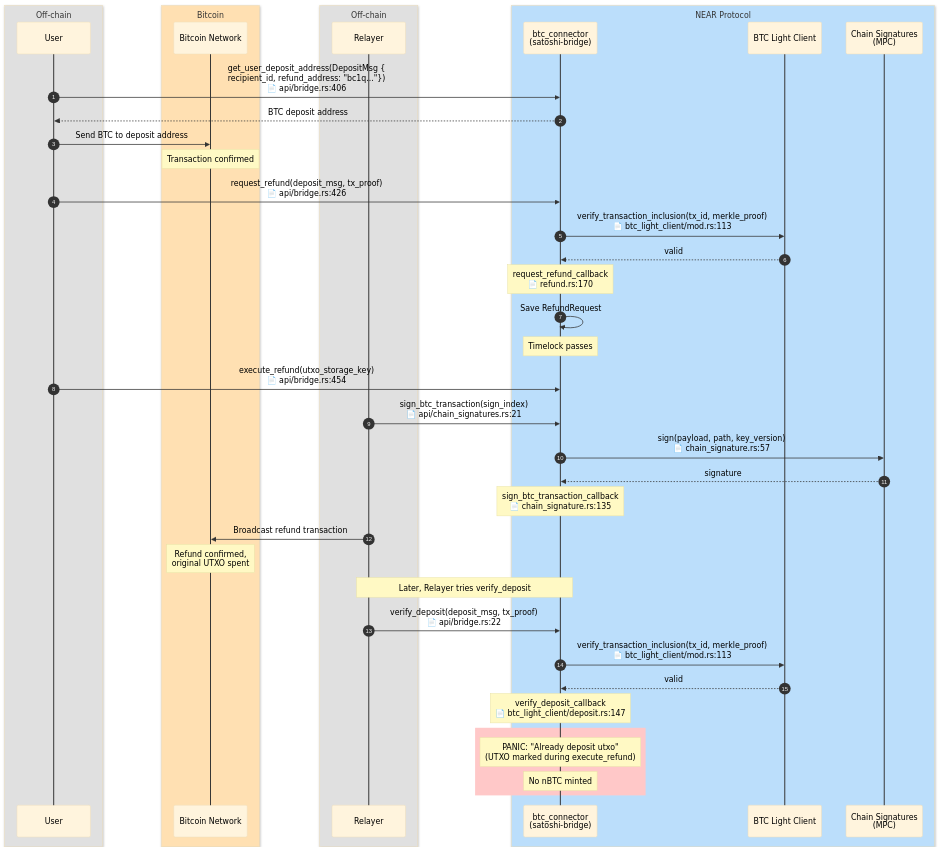
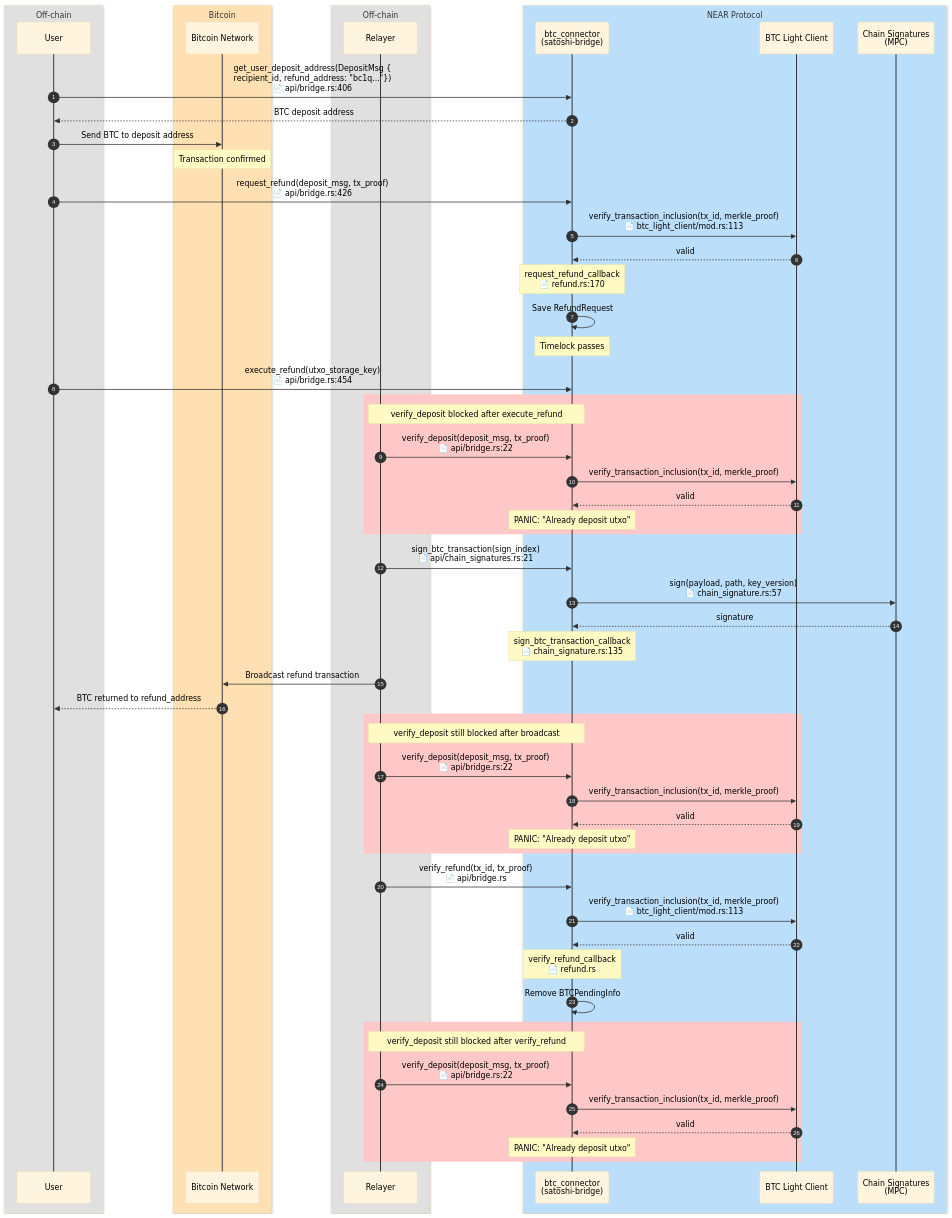
The diagram in doc/refund-then-deposit-fails-flow.md (Near-One/btc-bridge), drawn with Mermaid before and after one commit. The commit also changed 7 other files, not shown here.

Commit message:
add verify_refund

````diff
--- a/doc/refund-then-deposit-fails-flow.md
+++ b/doc/refund-then-deposit-fails-flow.md
@@ -61,6 +61,14 @@
 
     U->>B: execute_refund(utxo_storage_key)<br/>📄 api/bridge.rs:454
 
+    rect rgb(255, 200, 200)
+        Note over R,B: verify_deposit blocked after execute_refund
+        R->>B: verify_deposit(deposit_msg, tx_proof)<br/>📄 api/bridge.rs:22
+        B->>LC: verify_transaction_inclusion(tx_id, merkle_proof)
+        LC-->>B: valid
+        Note over B: PANIC: "Already deposit utxo"
+    end
+
     R->>B: sign_btc_transaction(sign_index)<br/>📄 api/chain_signatures.rs:21
 
     B->>MPC: sign(payload, path, key_version)<br/>📄 chain_signature.rs:57
@@ -69,19 +77,29 @@
     Note over B: sign_btc_transaction_callback<br/>📄 chain_signature.rs:135
 
     R->>BTC: Broadcast refund transaction
-    Note over BTC: Refund confirmed,<br/>original UTXO spent
+    BTC-->>U: BTC returned to refund_address
 
-    Note over R,B: Later, Relayer tries verify_deposit
+    rect rgb(255, 200, 200)
+        Note over R,B: verify_deposit still blocked after broadcast
+        R->>B: verify_deposit(deposit_msg, tx_proof)<br/>📄 api/bridge.rs:22
+        B->>LC: verify_transaction_inclusion(tx_id, merkle_proof)
+        LC-->>B: valid
+        Note over B: PANIC: "Already deposit utxo"
+    end
 
-    R->>B: verify_deposit(deposit_msg, tx_proof)<br/>📄 api/bridge.rs:22
+    R->>B: verify_refund(tx_id, tx_proof)<br/>📄 api/bridge.rs
 
     B->>LC: verify_transaction_inclusion(tx_id, merkle_proof)<br/>📄 btc_light_client/mod.rs:113
     LC-->>B: valid
 
-    Note over B: verify_deposit_callback<br/>📄 btc_light_client/deposit.rs:147
+    Note over B: verify_refund_callback<br/>📄 refund.rs
+    B->>B: Remove BTCPendingInfo
 
     rect rgb(255, 200, 200)
-        Note over B: PANIC: "Already deposit utxo"<br/>(UTXO marked during execute_refund)
-        Note over B: No nBTC minted
+        Note over R,B: verify_deposit still blocked after verify_refund
+        R->>B: verify_deposit(deposit_msg, tx_proof)<br/>📄 api/bridge.rs:22
+        B->>LC: verify_transaction_inclusion(tx_id, merkle_proof)
+        LC-->>B: valid
+        Note over B: PANIC: "Already deposit utxo"
     end
 ```
````
